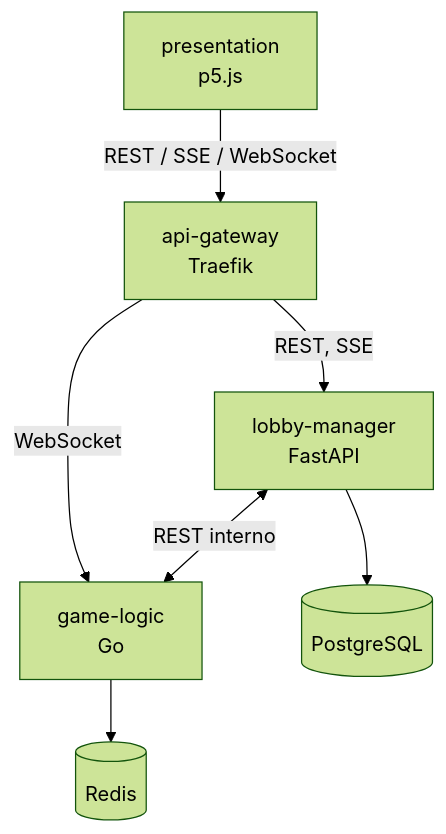
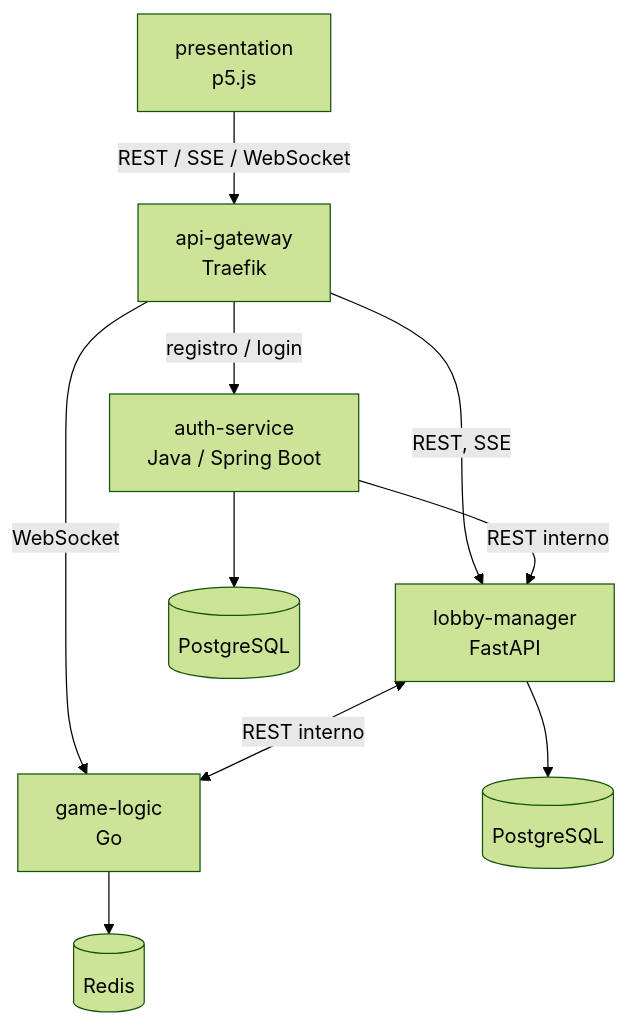
The diagram in README.md (soetgdeznsgk/ArchSoft-Group1F), drawn with Mermaid (forest theme) before and after one commit. The commit also changed other lines of this file and 31 other files, not shown here.

Commit message:
Java Spring Security auth + PostgreSQL DB

````diff
--- a/README.md
+++ b/README.md
@@ -5,9 +5,12 @@
 ```mermaid
 flowchart TB
   P[presentation<br/>p5.js] -- "REST / SSE / WebSocket" --> G[api-gateway<br/>Traefik]
   G -- "REST, SSE" --> L[lobby-manager<br/>FastAPI]
+  G -- "registro / login" --> A[auth-service<br/>Java / Spring Boot]
   G -- WebSocket --> GL[game-logic<br/>Go]
+  A -- "REST interno" --> L
   L <-- "REST interno" --> GL
   L --> PG[(PostgreSQL)]
+  A --> APG[(PostgreSQL)]
   GL --> R[(Redis)]
 ```
````
